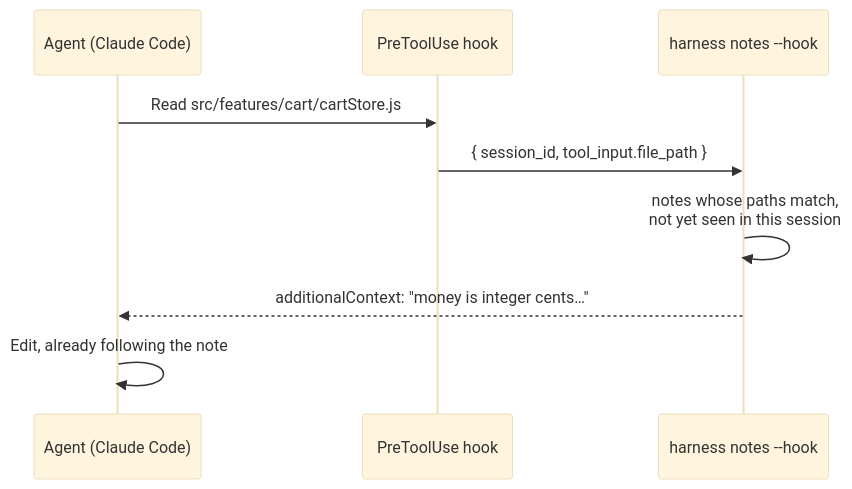
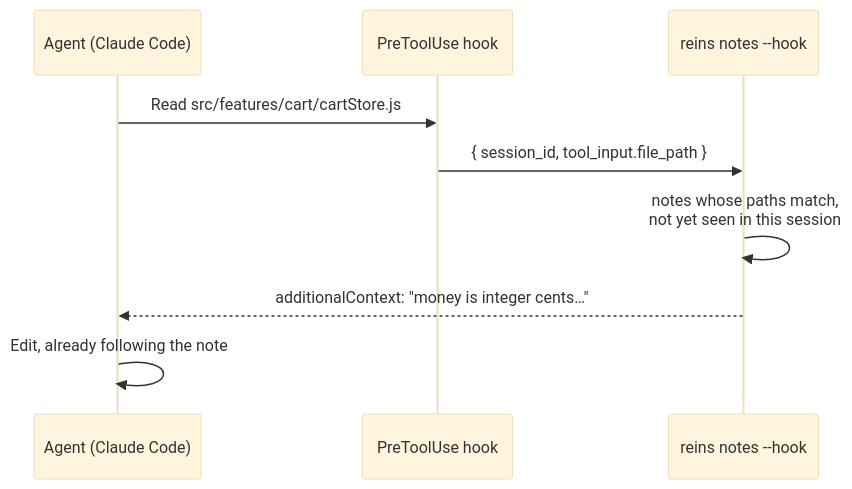
One commit to fredarcito/reins changed diagram 12 of 15 in README.md. Above: the diagram before and after it, drawn with Mermaid (base theme). The commit also changed other lines of this file and 186 other files, not shown here.

````diff
--- a/README.md
+++ b/README.md
@@ -519,11 +519,11 @@
 ```mermaid
 sequenceDiagram
     participant A as Agent (Claude Code)
     participant H as PreToolUse hook
-    participant N as harness notes --hook
+    participant N as reins notes --hook
     A->>H: Read src/features/cart/cartStore.js
     H->>N: { session_id, tool_input.file_path }
     N->>N: notes whose paths match,<br/>not yet seen in this session
     N-->>A: additionalContext: "money is integer cents…"
     A->>A: Edit, already following the note
 ```
````
